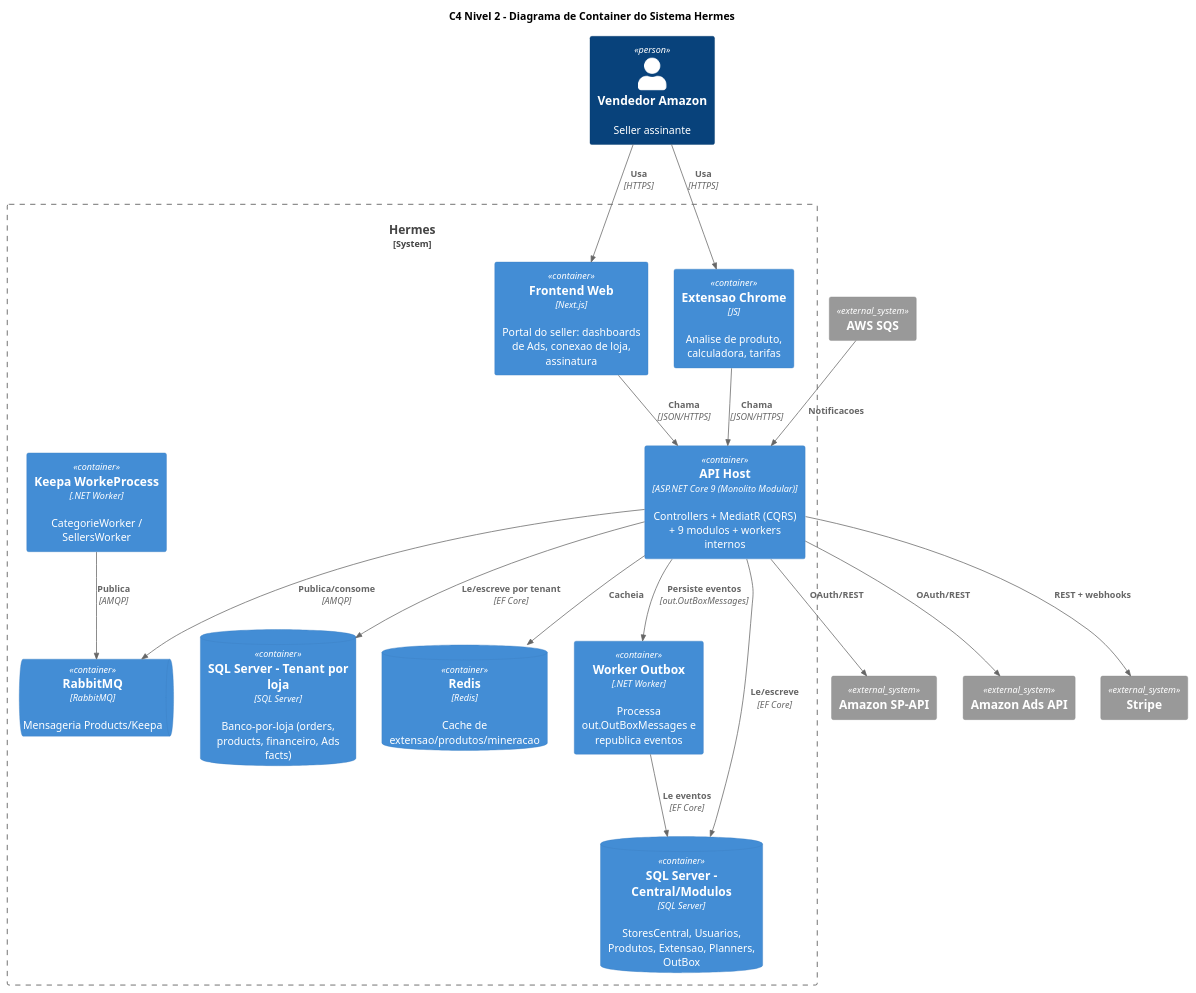
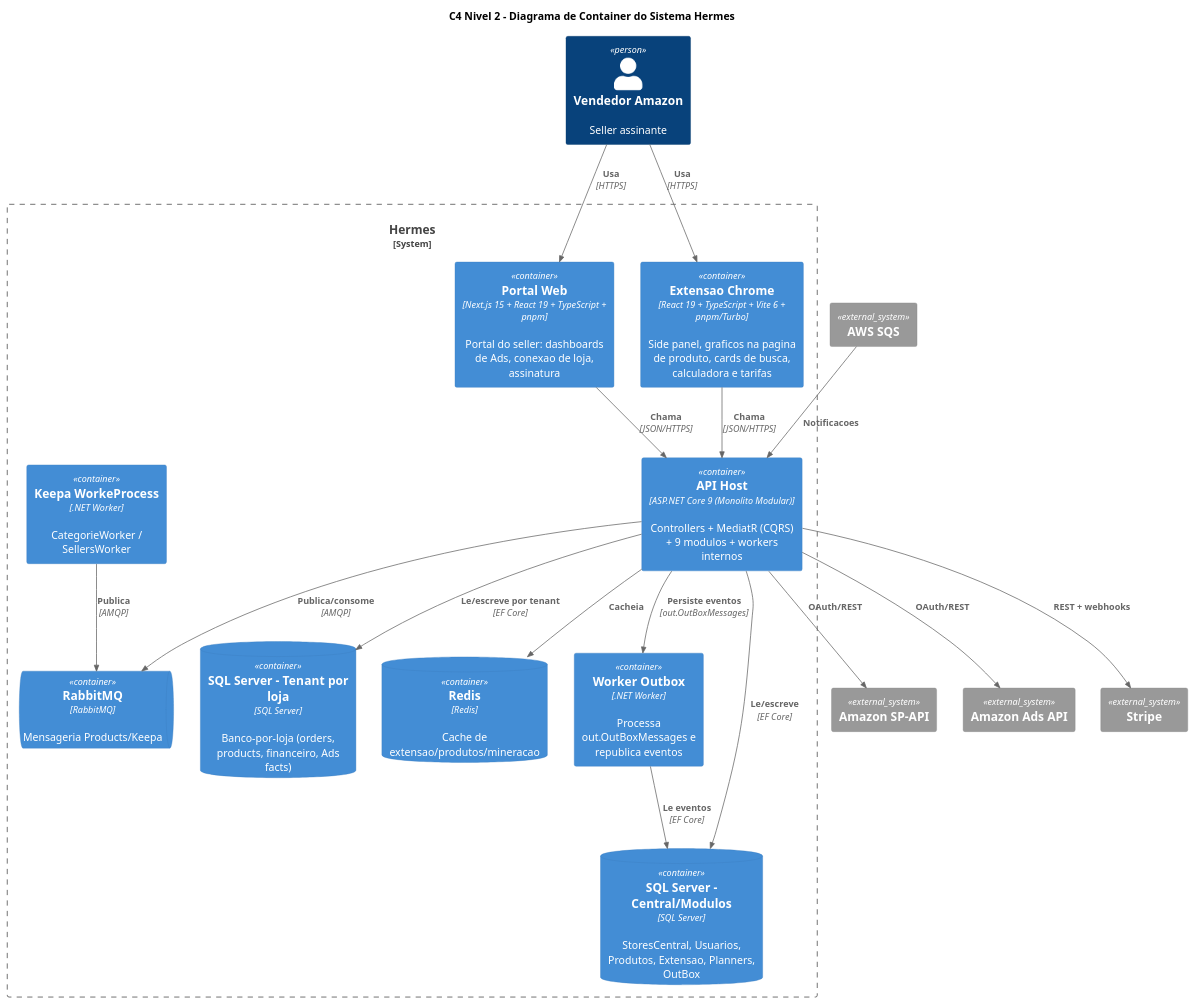
Before and after one commit to MirandaSls/Projeto-Final-PS: the diagram in docs/diagramas/c4-container.puml, drawn with PlantUML. The commit also changed 4 other files, not shown here.

```diff
--- a/docs/diagramas/c4-container.puml
+++ b/docs/diagramas/c4-container.puml
@@ -1,39 +1,39 @@
 @startuml c4-container
 !include https://raw.githubusercontent.com/plantuml-stdlib/C4-PlantUML/master/C4_Container.puml
 title C4 Nivel 2 - Diagrama de Container do Sistema Hermes
 
 Person(seller, "Vendedor Amazon", "Seller assinante")
 
 System_Boundary(hermes, "Hermes") {
-  Container(spa, "Frontend Web", "Next.js", "Portal do seller: dashboards de Ads, conexao de loja, assinatura")
-  Container(ext, "Extensao Chrome", "JS", "Analise de produto, calculadora, tarifas")
+  Container(spa, "Portal Web", "Next.js 15 + React 19 + TypeScript + pnpm", "Portal do seller: dashboards de Ads, conexao de loja, assinatura")
+  Container(ext, "Extensao Chrome", "React 19 + TypeScript + Vite 6 + pnpm/Turbo", "Side panel, graficos na pagina de produto, cards de busca, calculadora e tarifas")
   Container(api, "API Host", "ASP.NET Core 9 (Monolito Modular)", "Controllers + MediatR (CQRS) + 9 modulos + workers internos")
   Container(outbox, "Worker Outbox", ".NET Worker", "Processa out.OutBoxMessages e republica eventos")
   Container(keepaw, "Keepa WorkeProcess", ".NET Worker", "CategorieWorker / SellersWorker")
   ContainerDb(sqlcentral, "SQL Server - Central/Modulos", "SQL Server", "StoresCentral, Usuarios, Produtos, Extensao, Planners, OutBox")
   ContainerDb(sqltenant, "SQL Server - Tenant por loja", "SQL Server", "Banco-por-loja (orders, products, financeiro, Ads facts)")
   ContainerDb(redis, "Redis", "Redis", "Cache de extensao/produtos/mineracao")
   ContainerQueue(rabbit, "RabbitMQ", "RabbitMQ", "Mensageria Products/Keepa")
 }
 
 System_Ext(spapi, "Amazon SP-API", "")
 System_Ext(ads, "Amazon Ads API", "")
 System_Ext(sqs, "AWS SQS", "")
 System_Ext(stripe, "Stripe", "")
 
 Rel(seller, spa, "Usa", "HTTPS")
 Rel(seller, ext, "Usa", "HTTPS")
 Rel(spa, api, "Chama", "JSON/HTTPS")
 Rel(ext, api, "Chama", "JSON/HTTPS")
 Rel(api, sqlcentral, "Le/escreve", "EF Core")
 Rel(api, sqltenant, "Le/escreve por tenant", "EF Core")
 Rel(api, redis, "Cacheia", "")
 Rel(api, rabbit, "Publica/consome", "AMQP")
 Rel(api, outbox, "Persiste eventos", "out.OutBoxMessages")
 Rel(outbox, sqlcentral, "Le eventos", "EF Core")
 Rel(api, spapi, "OAuth/REST")
 Rel(api, ads, "OAuth/REST")
 Rel(sqs, api, "Notificacoes")
 Rel(api, stripe, "REST + webhooks")
 Rel(keepaw, rabbit, "Publica", "AMQP")
 @enduml
```
